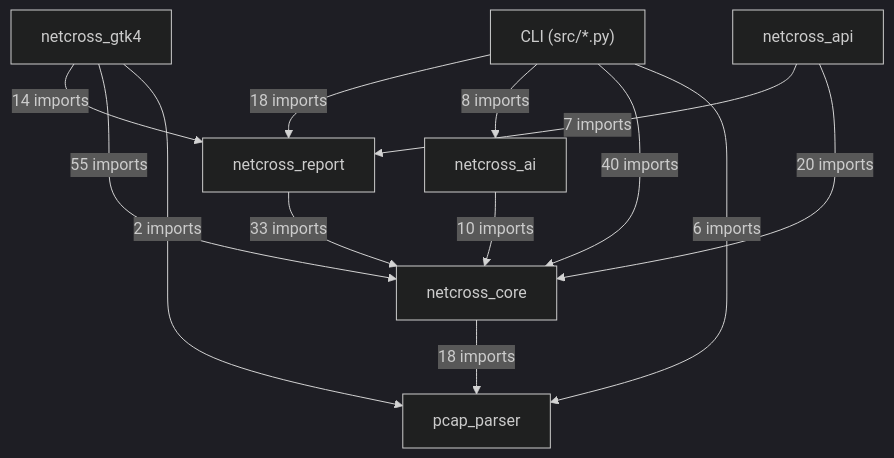
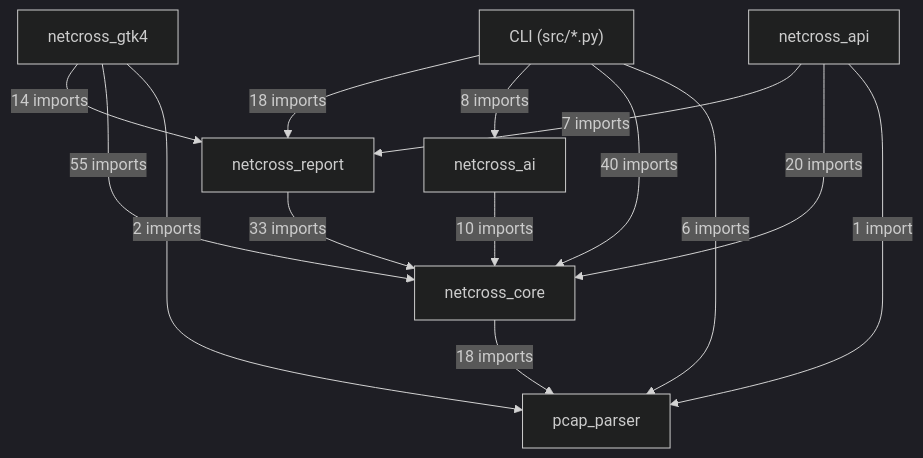
One commit to Mathide-Team/Netcross changed the first of 19 diagrams in docs/class-diagram.md. Above: the diagram before and after it, drawn with Mermaid (dark theme). The commit also changed other lines of this file and 1 other file, not shown here.

Commit message:
fix(#671): parite-surfaces, class-diagram, openapi après merge dev

````diff
--- a/docs/class-diagram.md
+++ b/docs/class-diagram.md
@@ -26,22 +26,23 @@
 ```mermaid
 flowchart TD
     CLI["CLI (src/*.py)"]
     netcross_gtk4["netcross_gtk4"]
     netcross_api["netcross_api"]
     netcross_report["netcross_report"]
     netcross_ai["netcross_ai"]
     netcross_core["netcross_core"]
     pcap_parser["pcap_parser"]
     CLI -->|"18 imports"| netcross_report
     CLI -->|"8 imports"| netcross_ai
     CLI -->|"40 imports"| netcross_core
     CLI -->|"6 imports"| pcap_parser
     netcross_gtk4 -->|"14 imports"| netcross_report
     netcross_gtk4 -->|"55 imports"| netcross_core
     netcross_gtk4 -->|"2 imports"| pcap_parser
     netcross_api -->|"7 imports"| netcross_report
     netcross_api -->|"20 imports"| netcross_core
+    netcross_api -->|"1 import"| pcap_parser
     netcross_report -->|"33 imports"| netcross_core
     netcross_ai -->|"10 imports"| netcross_core
     netcross_core -->|"18 imports"| pcap_parser
 ```
````
